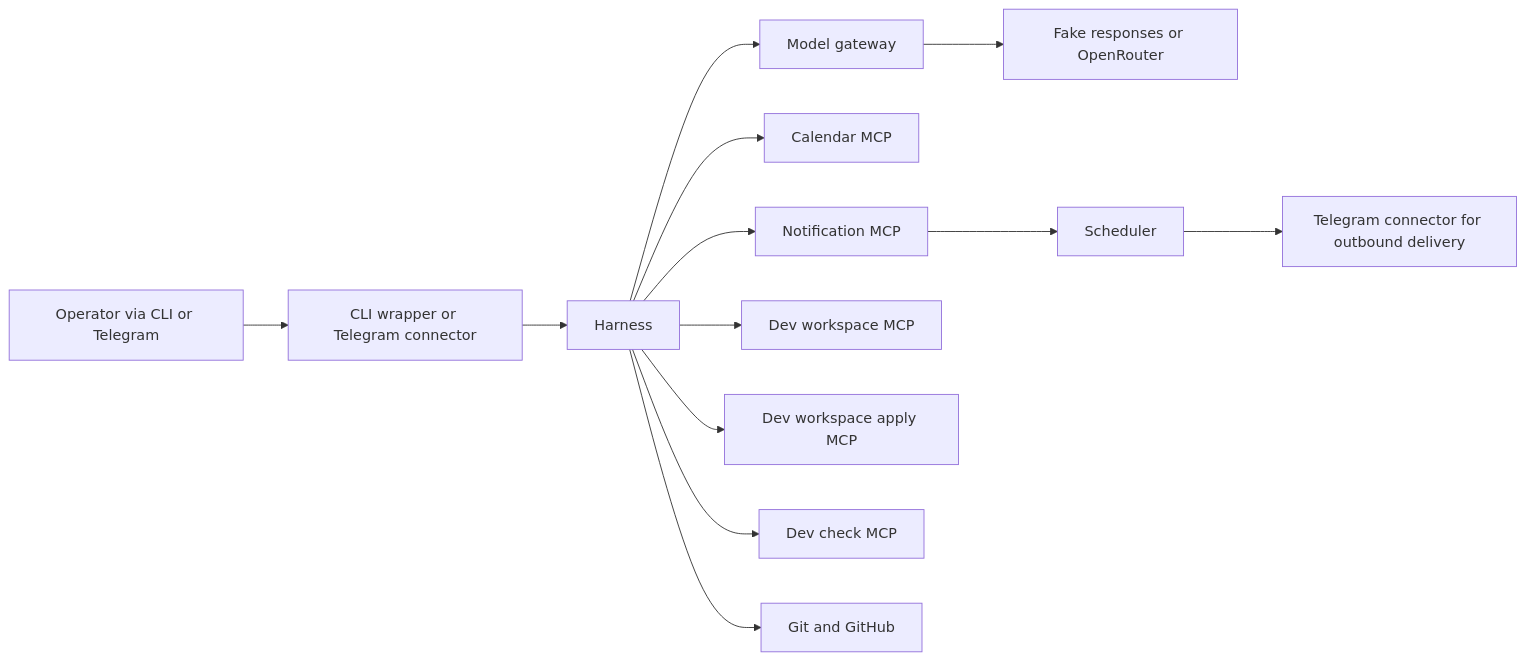
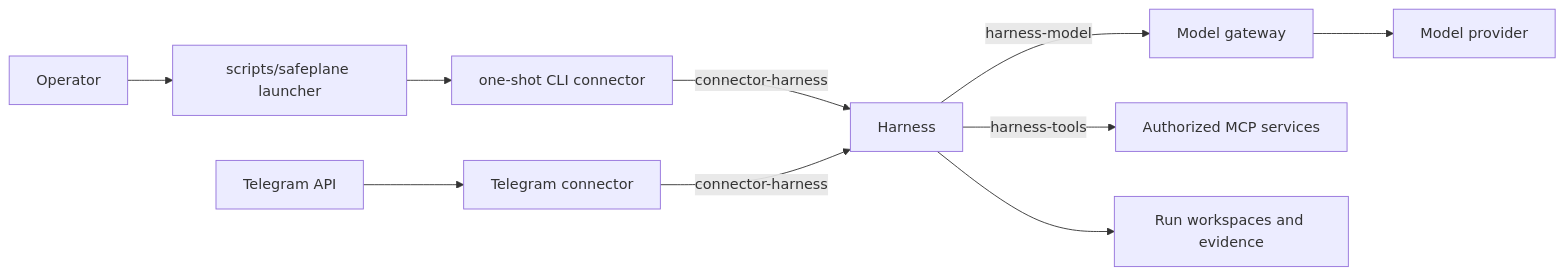
Before and after one commit to stefanrossmeier/safeplane: the diagram in docs/ARCHITECTURE.md, drawn with Mermaid. The commit also changed other lines of this file and 83 other files, not shown here.

Commit message:
Make cli connector explicit

````diff
--- a/docs/ARCHITECTURE.md
+++ b/docs/ARCHITECTURE.md
@@ -21,15 +11,12 @@
 ```mermaid
 flowchart LR
-    Operator[Operator via CLI or Telegram] --> Connectors[CLI wrapper or Telegram connector]
-    Connectors --> Harness[Harness]
-    Harness --> Gateway[Model gateway]
-    Gateway --> Provider[Fake responses or OpenRouter]
-    Harness --> Calendar[Calendar MCP]
-    Harness --> Notification[Notification MCP]
-    Notification --> Scheduler[Scheduler]
-    Scheduler --> Telegram[Telegram connector for outbound delivery]
-    Harness --> DevRead[Dev workspace MCP]
-    Harness --> DevApply[Dev workspace apply MCP]
-    Harness --> DevCheck[Dev check MCP]
-    Harness --> Git[Git and GitHub]
+    O[Operator] --> L[scripts/safeplane launcher]
+    L --> C[one-shot CLI connector]
+    T[Telegram API] --> TG[Telegram connector]
+    C -->|connector-harness| H[Harness]
+    TG -->|connector-harness| H
+    H -->|harness-model| M[Model gateway]
+    M --> P[Model provider]
+    H -->|harness-tools| MCP[Authorized MCP services]
+    H --> W[Run workspaces and evidence]
 ```
````
